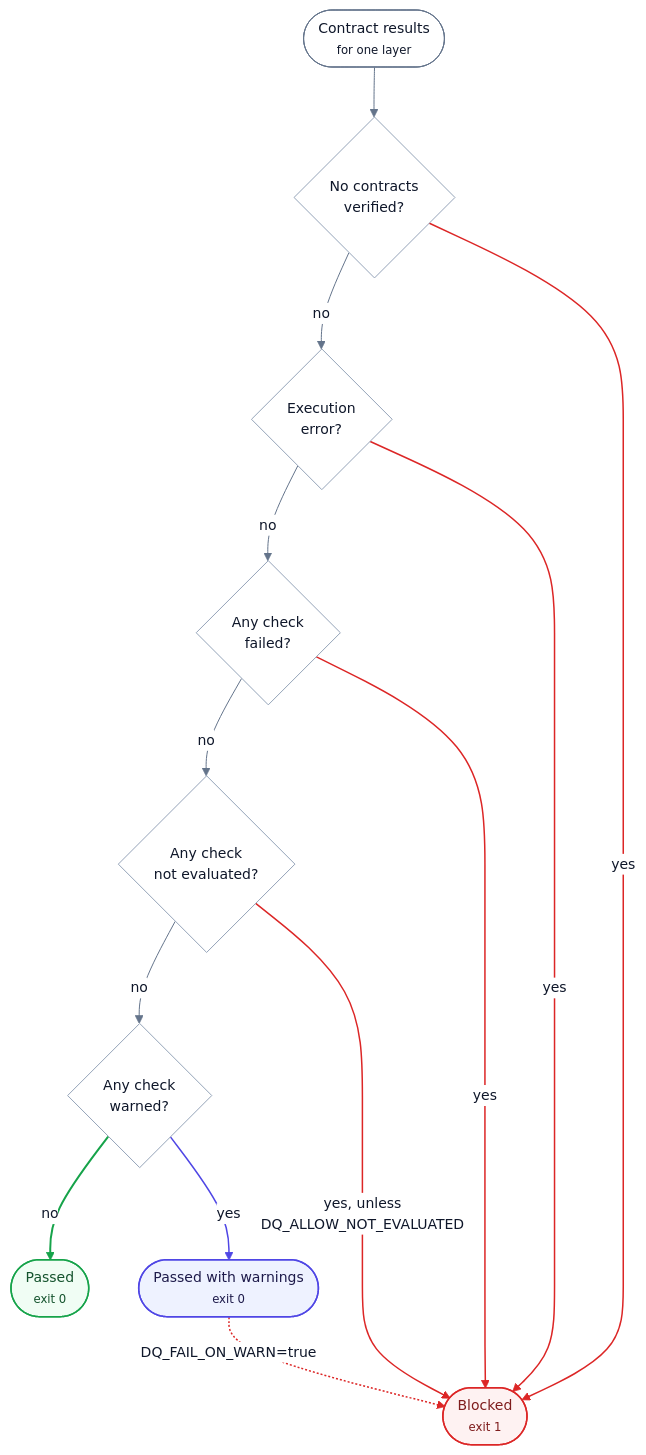
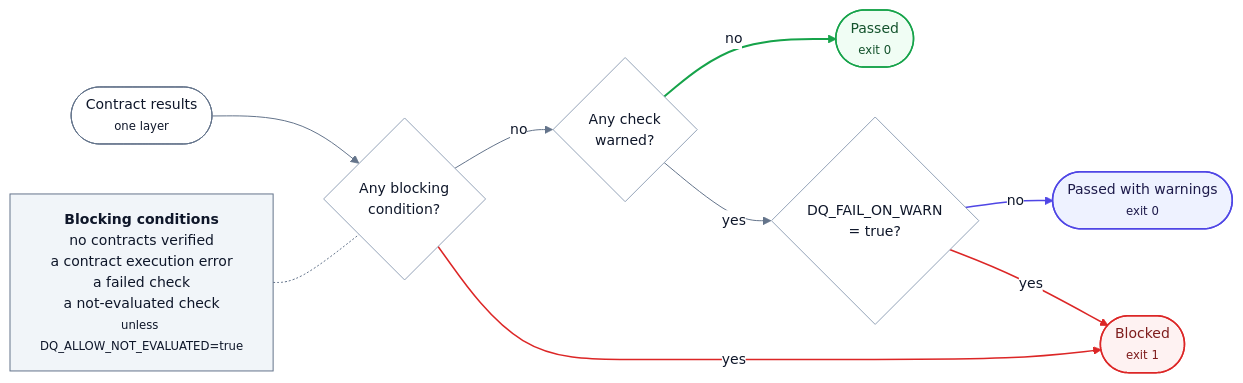
Before and after one commit to santoshshinde2012/lakehouse-quality-gates: the third of 5 diagrams in docs/architecture/data-flow.md, drawn with Mermaid. The commit also changed other lines of this file and 48 other files, not shown here.

````diff
--- a/docs/architecture/data-flow.md
+++ b/docs/architecture/data-flow.md
@@ -176,38 +166,33 @@
 ```mermaid
 %%{init: {'theme':'base','themeVariables':{'fontFamily':'Inter, system-ui, -apple-system, Segoe UI, Helvetica, Arial, sans-serif','fontSize':'14px','primaryColor':'#ffffff','primaryTextColor':'#0f172a','primaryBorderColor':'#94a3b8','secondaryColor':'#f8fafc','tertiaryColor':'#f8fafc','lineColor':'#64748b','textColor':'#0f172a','clusterBkg':'#f8fafc','clusterBorder':'#cbd5e1','titleColor':'#334155','edgeLabelBackground':'#ffffff','noteBkgColor':'#f8fafc','noteTextColor':'#0f172a','noteBorderColor':'#cbd5e1','actorBkg':'#ffffff','actorBorder':'#94a3b8','actorTextColor':'#0f172a','actorLineColor':'#94a3b8','signalColor':'#475569','signalTextColor':'#0f172a','labelBoxBkgColor':'#f8fafc','labelBoxBorderColor':'#94a3b8','labelTextColor':'#0f172a','loopTextColor':'#0f172a','activationBkgColor':'#eef2ff','activationBorderColor':'#4f46e5','sequenceNumberColor':'#ffffff','classText':'#0f172a','xyChart':{'backgroundColor':'#ffffff','plotColorPalette':'#4f46e5, #d97706, #0d9488','titleColor':'#0f172a','xAxisLabelColor':'#334155','yAxisLabelColor':'#334155','xAxisLineColor':'#94a3b8','yAxisLineColor':'#94a3b8'}}}}%%
 %% Title: Gate policy decision flow
 %% Purpose: How GatePolicy turns check outcomes into passed, passed with warnings or blocked
 %% Last updated: 2026-10-13
 %% Theme: docs/diagrams/THEME.md (shared init line above). Edit here, then run: make diagrams
-flowchart TB
-  IN(["Contract results<br/><small>for one layer</small>"]):::actor
-  Z{"No contracts<br/>verified?"}:::node
-  E{"Execution<br/>error?"}:::node
-  F{"Any check<br/>failed?"}:::node
-  N{"Any check<br/>not evaluated?"}:::node
+flowchart LR
+  IN(["Contract results<br/><small>one layer</small>"]):::actor
+  Q{"Any blocking<br/>condition?"}:::node
   W{"Any check<br/>warned?"}:::node
+  FW{"DQ_FAIL_ON_WARN<br/>= true?"}:::node
   B(["Blocked<br/><small>exit 1</small>"]):::blocked
   PW(["Passed with warnings<br/><small>exit 0</small>"]):::ours
   P(["Passed<br/><small>exit 0</small>"]):::pass
-  IN --> Z
-  Z -->|no| E
-  E -->|no| F
-  F -->|no| N
-  N -->|no| W
+  C["<b>Blocking conditions</b><br/>no contracts verified<br/>a contract execution error<br/>a failed check<br/>a not-evaluated check<br/><small>unless DQ_ALLOW_NOT_EVALUATED=true</small>"]:::store
+  IN --> Q
+  Q -->|no| W
   W -->|no| P
-  W -->|yes| PW
-  Z -->|yes| B
-  E -->|yes| B
-  F -->|yes| B
-  N -->|"yes, unless<br/>DQ_ALLOW_NOT_EVALUATED"| B
-  PW -. "DQ_FAIL_ON_WARN=true" .-> B
+  W -->|yes| FW
+  FW -->|no| PW
+  Q -->|yes| B
+  FW -->|yes| B
+  C -.- Q
   classDef node fill:#ffffff,stroke:#94a3b8,stroke-width:1px,color:#0f172a
   classDef store fill:#f1f5f9,stroke:#64748b,stroke-width:1px,color:#0f172a
   classDef ours fill:#eef2ff,stroke:#4f46e5,stroke-width:1.5px,color:#1e1b4b
   classDef actor fill:#ffffff,stroke:#64748b,stroke-width:1px,color:#0f172a
   classDef blocked fill:#fef2f2,stroke:#dc2626,stroke-width:1.5px,color:#7f1d1d
   classDef pass fill:#f0fdf4,stroke:#16a34a,stroke-width:1.5px,color:#14532d
-  linkStyle 5 stroke:#16a34a,stroke-width:2px
-  linkStyle 6 stroke:#4f46e5,stroke-width:1.5px
-  linkStyle 7,8,9,10,11 stroke:#dc2626,stroke-width:1.5px
+  linkStyle 2 stroke:#16a34a,stroke-width:2px
+  linkStyle 4 stroke:#4f46e5,stroke-width:1.5px
+  linkStyle 5,6 stroke:#dc2626,stroke-width:1.5px
 ```
````
